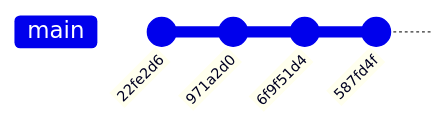
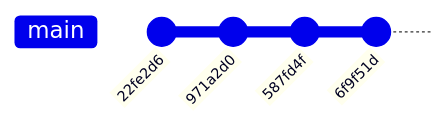
Before and after one commit to crosleyzack/docs: the fifth of 6 diagrams in git.md, drawn with Mermaid. The commit also changed other lines of this file, not shown here.

````diff
--- a/git.md
+++ b/git.md
@@ -268,7 +270,7 @@
 ```mermaid
 gitGraph
    commit id: "22fe2d6"
    commit id: "971a2d0"
-   commit id: "6f9f51d4"
    commit id: "587fd4f"
+   commit id: "6f9f51d"
 ```
````
